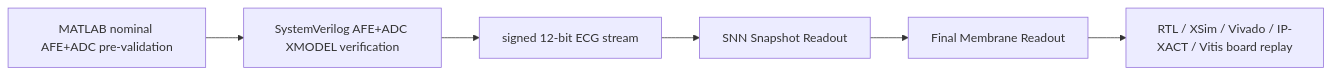
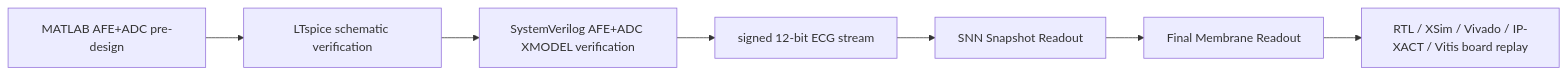
Before and after one commit to Sheep-gun/ECG-SoC-Integrated: the diagram in reports/final/digital_ip_scope_and_handoff.md, drawn with Mermaid. The commit also changed other lines of this file and 212 other files, not shown here.

Commit message:
Document MATLAB LTspice XMODEL analog validation

````diff
--- a/reports/final/digital_ip_scope_and_handoff.md
+++ b/reports/final/digital_ip_scope_and_handoff.md
@@ -27,8 +28,9 @@
 ```mermaid
 flowchart LR
-    A["MATLAB nominal AFE+ADC pre-validation"] --> B["SystemVerilog AFE+ADC XMODEL verification"]
-    B --> C["signed 12-bit ECG stream"]
-    C --> D["SNN Snapshot Readout"]
-    D --> E["Final Membrane Readout"]
-    E --> F["RTL / XSim / Vivado / IP-XACT / Vitis board replay"]
+    A["MATLAB AFE+ADC pre-design"] --> B["LTspice schematic verification"]
+    B --> C["SystemVerilog AFE+ADC XMODEL verification"]
+    C --> D["signed 12-bit ECG stream"]
+    D --> E["SNN Snapshot Readout"]
+    E --> F["Final Membrane Readout"]
+    F --> G["RTL / XSim / Vivado / IP-XACT / Vitis board replay"]
 ```
````
